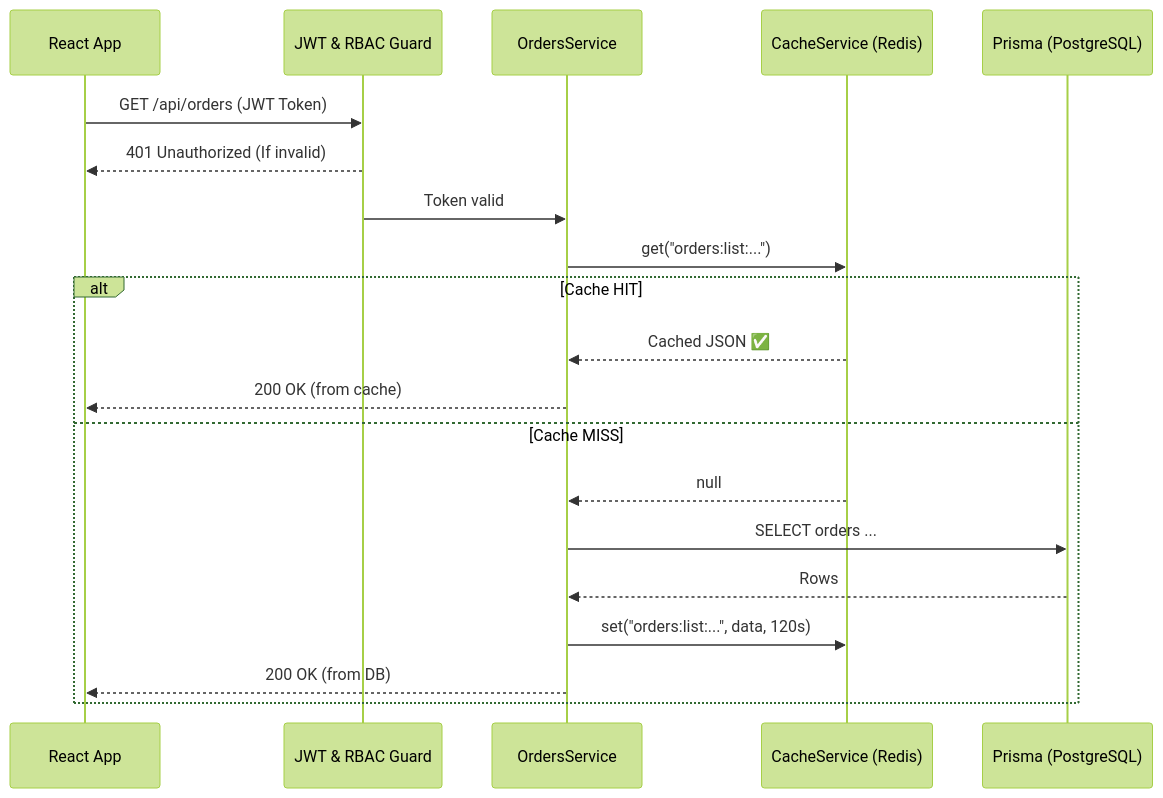
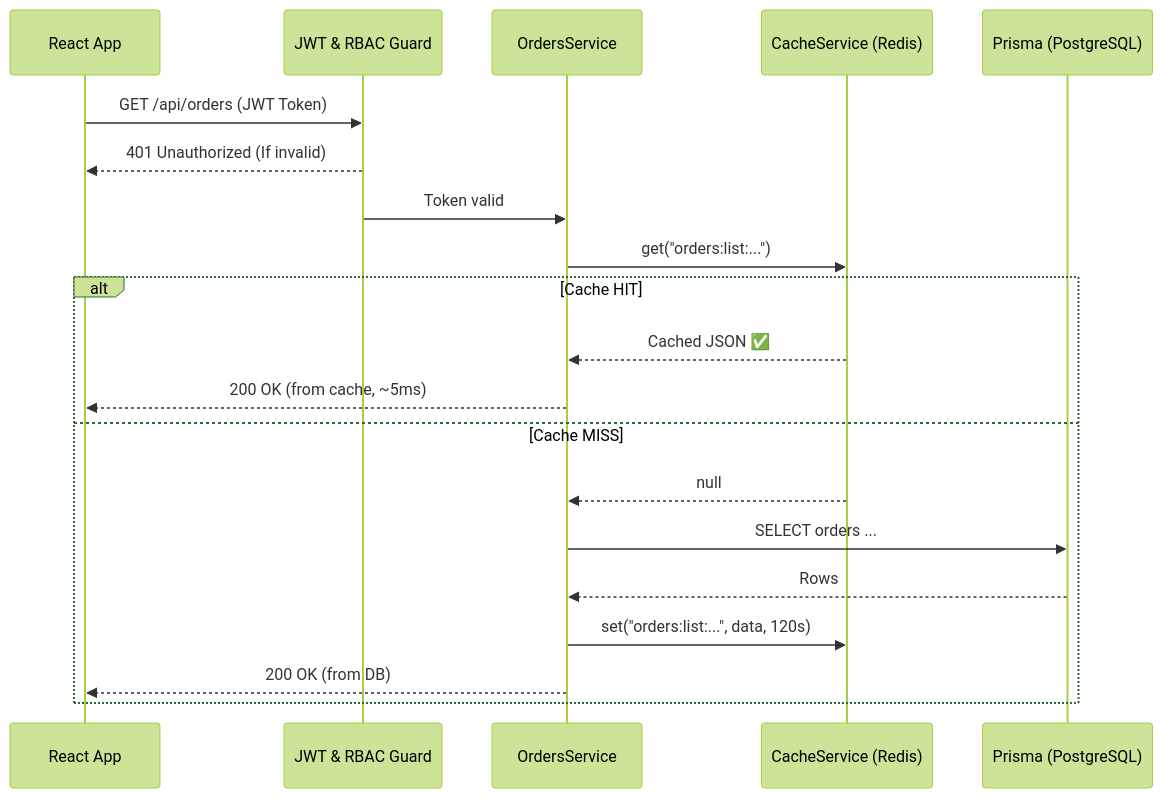
The fourth of 5 diagrams in README.md (DatPHP/crm-system-2026), drawn with Mermaid (forest theme) before and after one commit. The commit also changed other lines of this file, not shown here.

````diff
--- a/README.md
+++ b/README.md
@@ -280,24 +423,24 @@
 ```mermaid
 sequenceDiagram
     participant Client as React App
     participant Guard as JWT & RBAC Guard
     participant Service as OrdersService
     participant Cache as CacheService (Redis)
     participant DB as Prisma (PostgreSQL)
 
     Client->>Guard: GET /api/orders (JWT Token)
     Guard-->>Client: 401 Unauthorized (If invalid)
     Guard->>Service: Token valid
 
     Service->>Cache: get("orders:list:...")
     alt Cache HIT
         Cache-->>Service: Cached JSON ✅
-        Service-->>Client: 200 OK (from cache)
+        Service-->>Client: 200 OK (from cache, ~5ms)
     else Cache MISS
         Cache-->>Service: null
         Service->>DB: SELECT orders ...
         DB-->>Service: Rows
         Service->>Cache: set("orders:list:...", data, 120s)
         Service-->>Client: 200 OK (from DB)
     end
 ```
````
